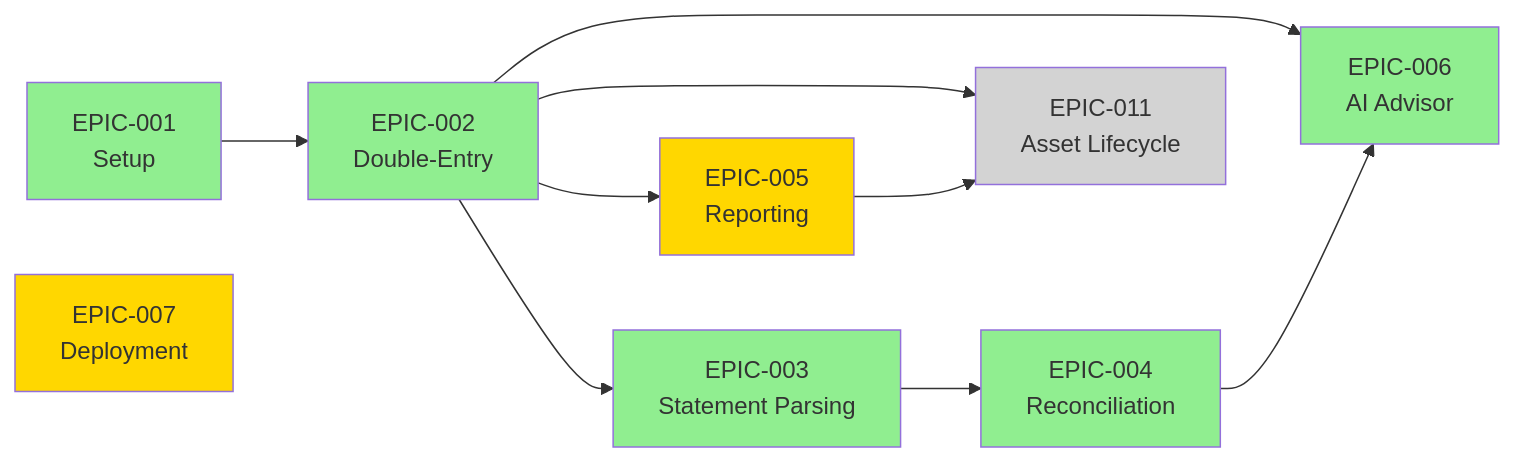
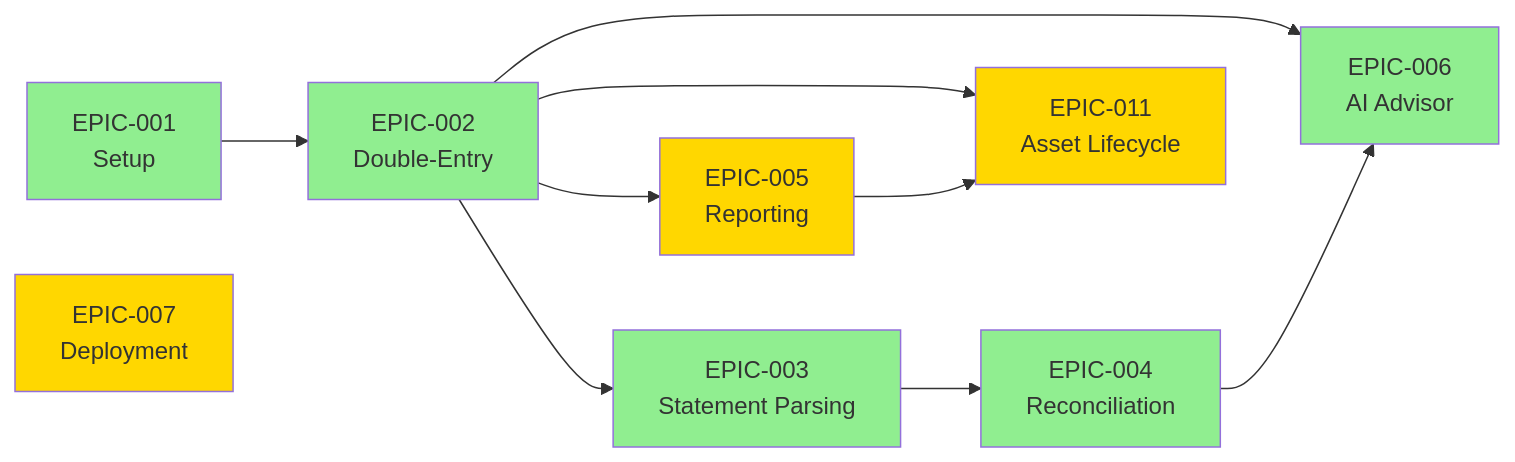
Before and after one commit to wangzitian0/finance_report: the diagram in docs/project/README.md, drawn with Mermaid. The commit also changed other lines of this file and 13 other files, not shown here.

````diff
--- a/docs/project/README.md
+++ b/docs/project/README.md
@@ -53,21 +53,21 @@
 ```mermaid
 graph LR
     E1[EPIC-001<br/>Setup] --> E2[EPIC-002<br/>Double-Entry]
     E2 --> E3[EPIC-003<br/>Statement Parsing]
     E3 --> E4[EPIC-004<br/>Reconciliation]
     E2 --> E5[EPIC-005<br/>Reporting]
     E2 --> E6[EPIC-006<br/>AI Advisor]
     E4 --> E6
     E7[EPIC-007<br/>Deployment]
     E2 --> E11[EPIC-011<br/>Asset Lifecycle]
     E5 --> E11
     
     style E1 fill:#90EE90
     style E2 fill:#90EE90
     style E3 fill:#90EE90
     style E4 fill:#90EE90
     style E5 fill:#FFD700
     style E6 fill:#90EE90
     style E7 fill:#FFD700
-    style E11 fill:#D3D3D3
+    style E11 fill:#FFD700
 ```
````
